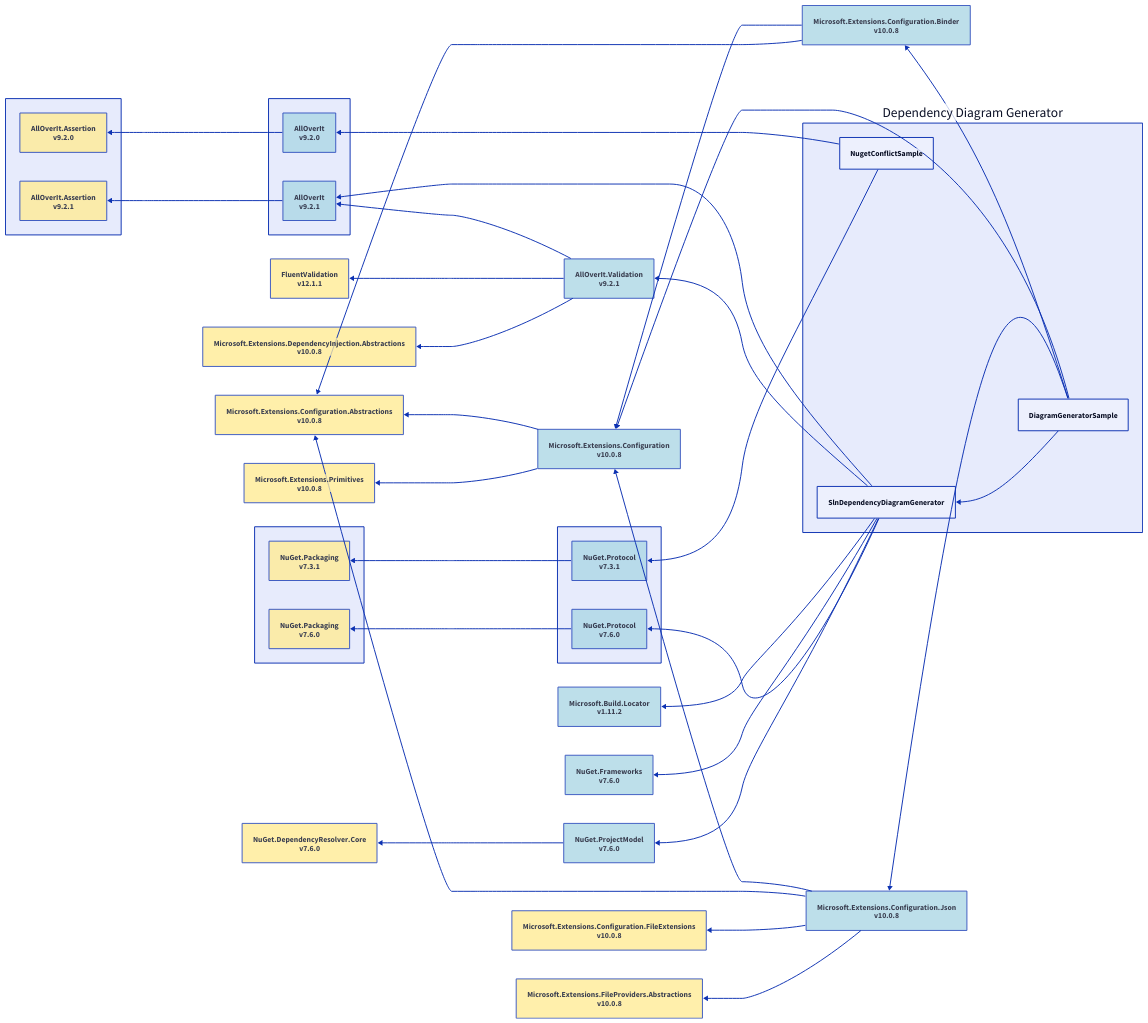
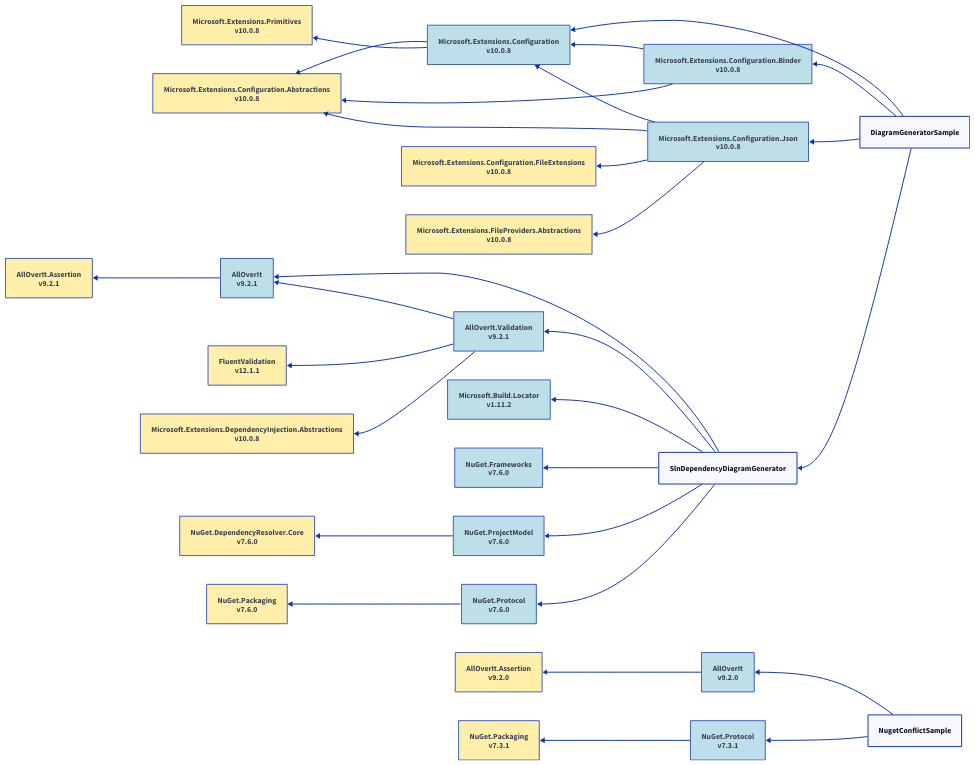
The diagram in Samples/Output/net10.0/d2/dependency diagram generator-all.d2 (mjfreelancing/SlnDependencyDiagramGenerator), drawn with D2 before and after one commit. The commit also changed 71 other files, not shown here.

Commit message:
Add support in sample app for config file overrides using env variable - allows per diagram config overrides

```diff
--- a/Samples/Output/net10.0/d2/dependency diagram generator-all.d2
+++ b/Samples/Output/net10.0/d2/dependency diagram generator-all.d2
@@ -1,114 +1,99 @@
 direction: left
 
-ddg: Dependency Diagram Generator
-alloverit-group: ""
-alloverit-assertion-group: ""
-nuget-protocol-group: ""
-nuget-packaging-group: ""
-ddg.diagramgeneratorsample: DiagramGeneratorSample
+diagramgeneratorsample: DiagramGeneratorSample
 microsoft-extensions-configuration_10-0-8: Microsoft.Extensions.Configuration\nv10.0.8
 microsoft-extensions-configuration-abstractions_10-0-8: Microsoft.Extensions.Configuration.Abstractions\nv10.0.8
 microsoft-extensions-primitives_10-0-8: Microsoft.Extensions.Primitives\nv10.0.8
 microsoft-extensions-configuration-binder_10-0-8: Microsoft.Extensions.Configuration.Binder\nv10.0.8
 microsoft-extensions-configuration-json_10-0-8: Microsoft.Extensions.Configuration.Json\nv10.0.8
 microsoft-extensions-configuration-fileextensions_10-0-8: Microsoft.Extensions.Configuration.FileExtensions\nv10.0.8
 microsoft-extensions-fileproviders-abstractions_10-0-8: Microsoft.Extensions.FileProviders.Abstractions\nv10.0.8
-ddg.slndependencydiagramgenerator: SlnDependencyDiagramGenerator
-alloverit-group.alloverit_9-2-1: AllOverIt\nv9.2.1
-alloverit-assertion-group.alloverit-assertion_9-2-1: AllOverIt.Assertion\nv9.2.1
+slndependencydiagramgenerator: SlnDependencyDiagramGenerator
+alloverit_9-2-1: AllOverIt\nv9.2.1
+alloverit-assertion_9-2-1: AllOverIt.Assertion\nv9.2.1
 alloverit-validation_9-2-1: AllOverIt.Validation\nv9.2.1
 fluentvalidation_12-1-1: FluentValidation\nv12.1.1
 microsoft-extensions-dependencyinjection-abstractions_10-0-8: Microsoft.Extensions.DependencyInjection.Abstractions\nv10.0.8
 microsoft-build-locator_1-11-2: Microsoft.Build.Locator\nv1.11.2
 nuget-frameworks_7-6-0: NuGet.Frameworks\nv7.6.0
 nuget-projectmodel_7-6-0: NuGet.ProjectModel\nv7.6.0
 nuget-dependencyresolver-core_7-6-0: NuGet.DependencyResolver.Core\nv7.6.0
-nuget-protocol-group.nuget-protocol_7-6-0: NuGet.Protocol\nv7.6.0
-nuget-packaging-group.nuget-packaging_7-6-0: NuGet.Packaging\nv7.6.0
-ddg.nugetconflictsample: NugetConflictSample
-alloverit-group.alloverit_9-2-0: AllOverIt\nv9.2.0
-alloverit-assertion-group.alloverit-assertion_9-2-0: AllOverIt.Assertion\nv9.2.0
-nuget-protocol-group.nuget-protocol_7-3-1: NuGet.Protocol\nv7.3.1
-nuget-packaging-group.nuget-packaging_7-3-1: NuGet.Packaging\nv7.3.1
-microsoft-extensions-configuration_10-0-8 <- ddg.diagramgeneratorsample
+nuget-protocol_7-6-0: NuGet.Protocol\nv7.6.0
+nuget-packaging_7-6-0: NuGet.Packaging\nv7.6.0
+nugetconflictsample: NugetConflictSample
+alloverit_9-2-0: AllOverIt\nv9.2.0
+alloverit-assertion_9-2-0: AllOverIt.Assertion\nv9.2.0
+nuget-protocol_7-3-1: NuGet.Protocol\nv7.3.1
+nuget-packaging_7-3-1: NuGet.Packaging\nv7.3.1
+microsoft-extensions-configuration_10-0-8 <- diagramgeneratorsample
 microsoft-extensions-configuration-abstractions_10-0-8 <- microsoft-extensions-configuration_10-0-8
 microsoft-extensions-primitives_10-0-8 <- microsoft-extensions-configuration_10-0-8
-microsoft-extensions-configuration-binder_10-0-8 <- ddg.diagramgeneratorsample
+microsoft-extensions-configuration-binder_10-0-8 <- diagramgeneratorsample
 microsoft-extensions-configuration_10-0-8 <- microsoft-extensions-configuration-binder_10-0-8
 microsoft-extensions-configuration-abstractions_10-0-8 <- microsoft-extensions-configuration-binder_10-0-8
-microsoft-extensions-configuration-json_10-0-8 <- ddg.diagramgeneratorsample
+microsoft-extensions-configuration-json_10-0-8 <- diagramgeneratorsample
 microsoft-extensions-configuration_10-0-8 <- microsoft-extensions-configuration-json_10-0-8
 microsoft-extensions-configuration-abstractions_10-0-8 <- microsoft-extensions-configuration-json_10-0-8
 microsoft-extensions-configuration-fileextensions_10-0-8 <- microsoft-extensions-configuration-json_10-0-8
 microsoft-extensions-fileproviders-abstractions_10-0-8 <- microsoft-extensions-configuration-json_10-0-8
-ddg.slndependencydiagramgenerator <- ddg.diagramgeneratorsample
-alloverit-group.alloverit_9-2-1 <- ddg.slndependencydiagramgenerator
-alloverit-assertion-group.alloverit-assertion_9-2-1 <- alloverit-group.alloverit_9-2-1
-alloverit-validation_9-2-1 <- ddg.slndependencydiagramgenerator
-alloverit-group.alloverit_9-2-1 <- alloverit-validation_9-2-1
+slndependencydiagramgenerator <- diagramgeneratorsample
+alloverit_9-2-1 <- slndependencydiagramgenerator
+alloverit-assertion_9-2-1 <- alloverit_9-2-1
+alloverit-validation_9-2-1 <- slndependencydiagramgenerator
+alloverit_9-2-1 <- alloverit-validation_9-2-1
 fluentvalidation_12-1-1 <- alloverit-validation_9-2-1
 microsoft-extensions-dependencyinjection-abstractions_10-0-8 <- alloverit-validation_9-2-1
-microsoft-build-locator_1-11-2 <- ddg.slndependencydiagramgenerator
-nuget-frameworks_7-6-0 <- ddg.slndependencydiagramgenerator
-nuget-projectmodel_7-6-0 <- ddg.slndependencydiagramgenerator
+microsoft-build-locator_1-11-2 <- slndependencydiagramgenerator
+nuget-frameworks_7-6-0 <- slndependencydiagramgenerator
+nuget-projectmodel_7-6-0 <- slndependencydiagramgenerator
 nuget-dependencyresolver-core_7-6-0 <- nuget-projectmodel_7-6-0
-nuget-protocol-group.nuget-protocol_7-6-0 <- ddg.slndependencydiagramgenerator
-nuget-packaging-group.nuget-packaging_7-6-0 <- nuget-protocol-group.nuget-protocol_7-6-0
-alloverit-group.alloverit_9-2-0 <- ddg.nugetconflictsample
-alloverit-assertion-group.alloverit-assertion_9-2-0 <- alloverit-group.alloverit_9-2-0
-nuget-protocol-group.nuget-protocol_7-3-1 <- ddg.nugetconflictsample
-nuget-packaging-group.nuget-packaging_7-3-1 <- nuget-protocol-group.nuget-protocol_7-3-1
+nuget-protocol_7-6-0 <- slndependencydiagramgenerator
+nuget-packaging_7-6-0 <- nuget-protocol_7-6-0
+alloverit_9-2-0 <- nugetconflictsample
+alloverit-assertion_9-2-0 <- alloverit_9-2-0
+nuget-protocol_7-3-1 <- nugetconflictsample
+nuget-packaging_7-3-1 <- nuget-protocol_7-3-1
 microsoft-extensions-configuration_10-0-8.style.fill: "#ADD8E6"
 microsoft-extensions-configuration_10-0-8.style.opacity: 0.8
 microsoft-extensions-configuration-abstractions_10-0-8.style.fill: "#FFEC96"
 microsoft-extensions-configuration-abstractions_10-0-8.style.opacity: 0.8
 microsoft-extensions-primitives_10-0-8.style.fill: "#FFEC96"
 microsoft-extensions-primitives_10-0-8.style.opacity: 0.8
 microsoft-extensions-configuration-binder_10-0-8.style.fill: "#ADD8E6"
 microsoft-extensions-configuration-binder_10-0-8.style.opacity: 0.8
 microsoft-extensions-configuration-json_10-0-8.style.fill: "#ADD8E6"
 microsoft-extensions-configuration-json_10-0-8.style.opacity: 0.8
 microsoft-extensions-configuration-fileextensions_10-0-8.style.fill: "#FFEC96"
 microsoft-extensions-configuration-fileextensions_10-0-8.style.opacity: 0.8
 microsoft-extensions-fileproviders-abstractions_10-0-8.style.fill: "#FFEC96"
 microsoft-extensions-fileproviders-abstractions_10-0-8.style.opacity: 0.8
-alloverit-group.alloverit_9-2-1.style.fill: "#ADD8E6"
-alloverit-group.alloverit_9-2-1.style.opacity: 0.8
-alloverit-assertion-group.alloverit-assertion_9-2-1.style.fill: "#FFEC96"
-alloverit-assertion-group.alloverit-assertion_9-2-1.style.opacity: 0.8
+alloverit_9-2-1.style.fill: "#ADD8E6"
+alloverit_9-2-1.style.opacity: 0.8
+alloverit-assertion_9-2-1.style.fill: "#FFEC96"
+alloverit-assertion_9-2-1.style.opacity: 0.8
 alloverit-validation_9-2-1.style.fill: "#ADD8E6"
 alloverit-validation_9-2-1.style.opacity: 0.8
 fluentvalidation_12-1-1.style.fill: "#FFEC96"
 fluentvalidation_12-1-1.style.opacity: 0.8
 microsoft-extensions-dependencyinjection-abstractions_10-0-8.style.fill: "#FFEC96"
 microsoft-extensions-dependencyinjection-abstractions_10-0-8.style.opacity: 0.8
 microsoft-build-locator_1-11-2.style.fill: "#ADD8E6"
 microsoft-build-locator_1-11-2.style.opacity: 0.8
 nuget-frameworks_7-6-0.style.fill: "#ADD8E6"
 nuget-frameworks_7-6-0.style.opacity: 0.8
 nuget-projectmodel_7-6-0.style.fill: "#ADD8E6"
 nuget-projectmodel_7-6-0.style.opacity: 0.8
 nuget-dependencyresolver-core_7-6-0.style.fill: "#FFEC96"
 nuget-dependencyresolver-core_7-6-0.style.opacity: 0.8
-nuget-protocol-group.nuget-protocol_7-6-0.style.fill: "#ADD8E6"
-nuget-protocol-group.nuget-protocol_7-6-0.style.opacity: 0.8
-nuget-packaging-group.nuget-packaging_7-6-0.style.fill: "#FFEC96"
-nuget-packaging-group.nuget-packaging_7-6-0.style.opacity: 0.8
-alloverit-group.alloverit_9-2-0.style.fill: "#ADD8E6"
-alloverit-group.alloverit_9-2-0.style.opacity: 0.8
-alloverit-assertion-group.alloverit-assertion_9-2-0.style.fill: "#FFEC96"
-alloverit-assertion-group.alloverit-assertion_9-2-0.style.opacity: 0.8
-nuget-protocol-group.nuget-protocol_7-3-1.style.fill: "#ADD8E6"
-nuget-protocol-group.nuget-protocol_7-3-1.style.opacity: 0.8
-nuget-packaging-group.nuget-packaging_7-3-1.style.fill: "#FFEC96"
-nuget-packaging-group.nuget-packaging_7-3-1.style.opacity: 0.8
-ddg.style.fill: "#E7EBFC"
-ddg.style.opacity: 1
-alloverit-group.style.fill: "#E7EBFC"
-alloverit-group.style.opacity: 1
-alloverit-assertion-group.style.fill: "#E7EBFC"
-alloverit-assertion-group.style.opacity: 1
-nuget-protocol-group.style.fill: "#E7EBFC"
-nuget-protocol-group.style.opacity: 1
-nuget-packaging-group.style.fill: "#E7EBFC"
-nuget-packaging-group.style.opacity: 1
+nuget-protocol_7-6-0.style.fill: "#ADD8E6"
+nuget-protocol_7-6-0.style.opacity: 0.8
+nuget-packaging_7-6-0.style.fill: "#FFEC96"
+nuget-packaging_7-6-0.style.opacity: 0.8
+alloverit_9-2-0.style.fill: "#ADD8E6"
+alloverit_9-2-0.style.opacity: 0.8
+alloverit-assertion_9-2-0.style.fill: "#FFEC96"
+alloverit-assertion_9-2-0.style.opacity: 0.8
+nuget-protocol_7-3-1.style.fill: "#ADD8E6"
+nuget-protocol_7-3-1.style.opacity: 0.8
+nuget-packaging_7-3-1.style.fill: "#FFEC96"
+nuget-packaging_7-3-1.style.opacity: 0.8
```
